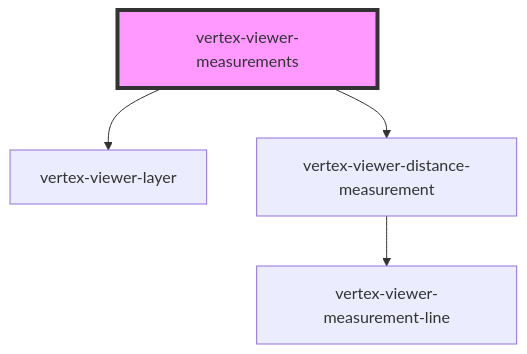
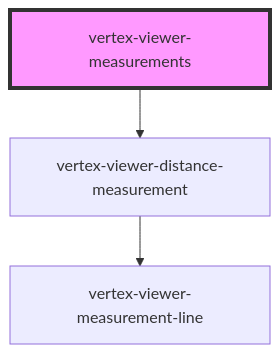
Before and after one commit to Vertexvis/vertex-web-sdk: the diagram in packages/viewer/src/components/viewer-measurements/readme.md, drawn with Mermaid. The commit also changed other lines of this file and 18 other files, not shown here.

````diff
--- a/packages/viewer/src/components/viewer-measurements/readme.md
+++ b/packages/viewer/src/components/viewer-measurements/readme.md
@@ -67,7 +81,6 @@
 ```mermaid
 graph TD;
-  vertex-viewer-measurements --> vertex-viewer-layer
   vertex-viewer-measurements --> vertex-viewer-distance-measurement
   vertex-viewer-distance-measurement --> vertex-viewer-measurement-line
   style vertex-viewer-measurements fill:#f9f,stroke:#333,stroke-width:4px
 ```
````
